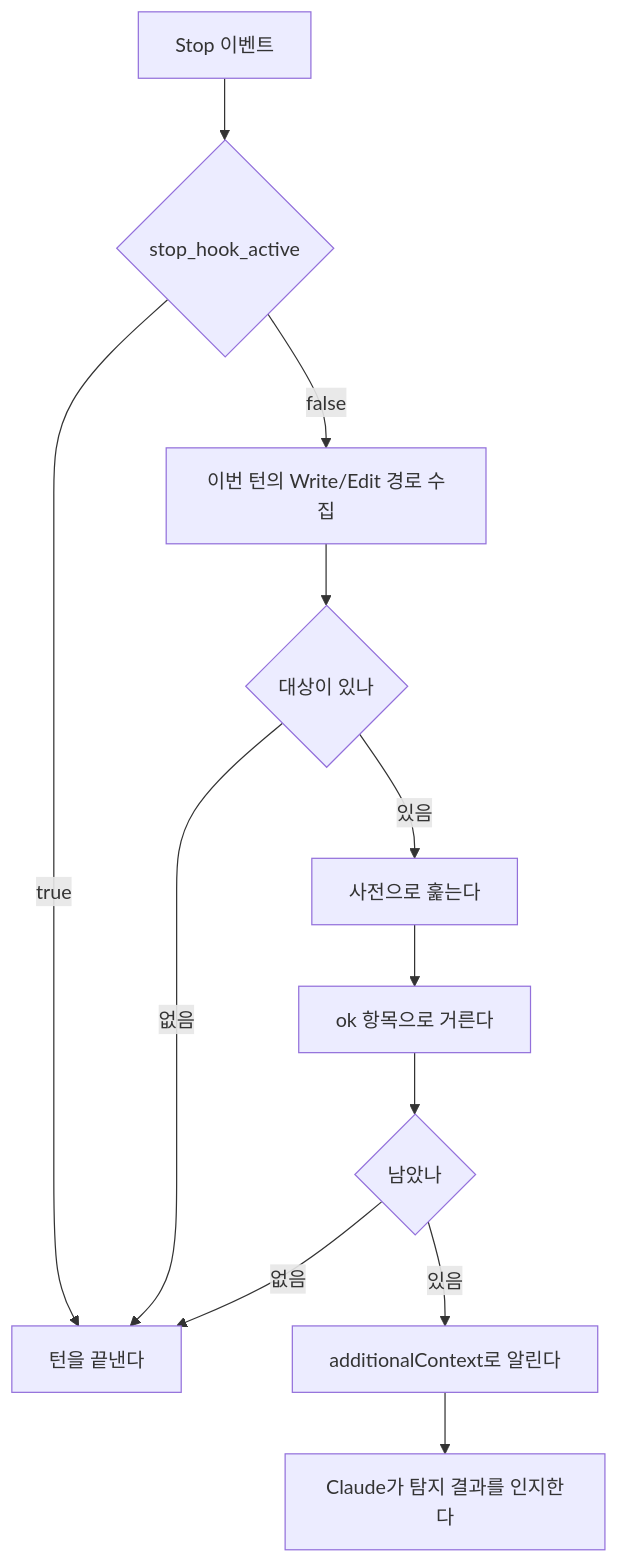
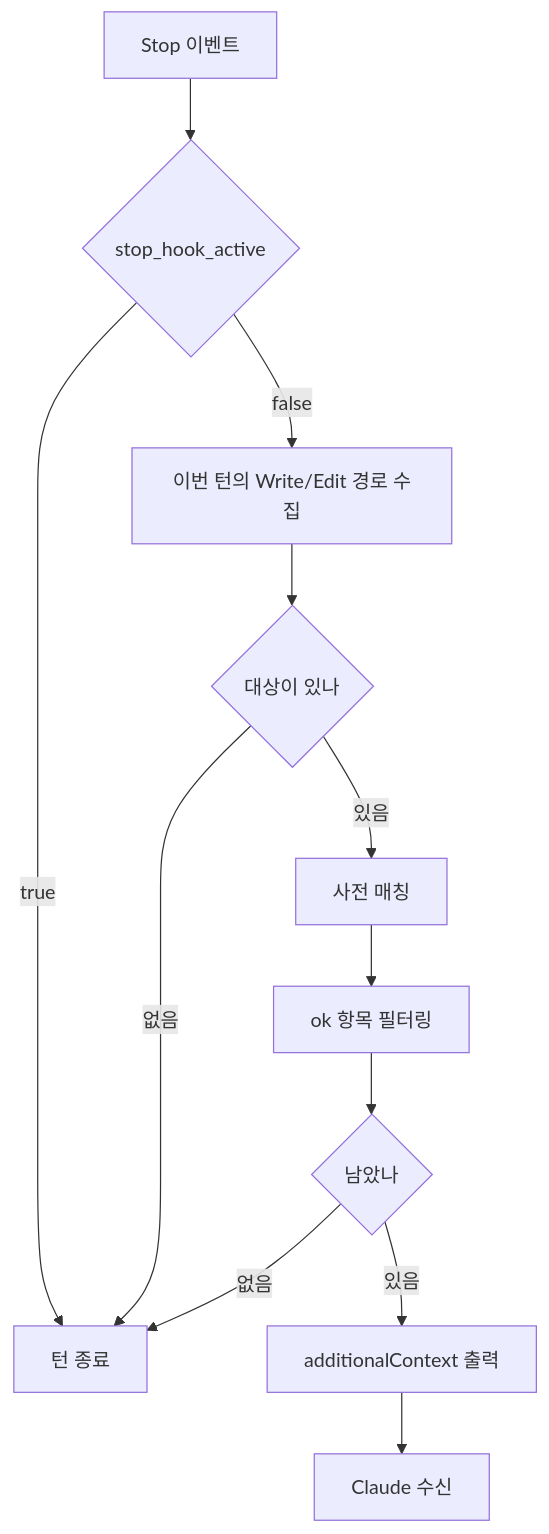
The diagram in docs/architecture/ko-style.md (nil-park/claude-workflow-kit), drawn with Mermaid before and after one commit. The commit also changed other lines of this file, not shown here.

Commit message:
Remove Claude-isms from ko-style.md

````diff
--- a/docs/architecture/ko-style.md
+++ b/docs/architecture/ko-style.md
@@ -15,14 +14,14 @@
 ```mermaid
 flowchart TD
   stop["Stop 이벤트"] --> active{"stop_hook_active"}
-  active -->|true| pass["턴을 끝낸다"]
+  active -->|true| pass["턴 종료"]
   active -->|false| collect["이번 턴의 Write/Edit 경로 수집"]
   collect --> empty{"대상이 있나"}
   empty -->|없음| pass
-  empty -->|있음| scan["사전으로 훑는다"]
-  scan --> filter["ok 항목으로 거른다"]
+  empty -->|있음| scan["사전 매칭"]
+  scan --> filter["ok 항목 필터링"]
   filter --> match{"남았나"}
   match -->|없음| pass
-  match -->|있음| report["additionalContext로 알린다"]
-  report --> again["Claude가 탐지 결과를 인지한다"]
+  match -->|있음| report["additionalContext 출력"]
+  report --> again["Claude 수신"]
 ```
````
